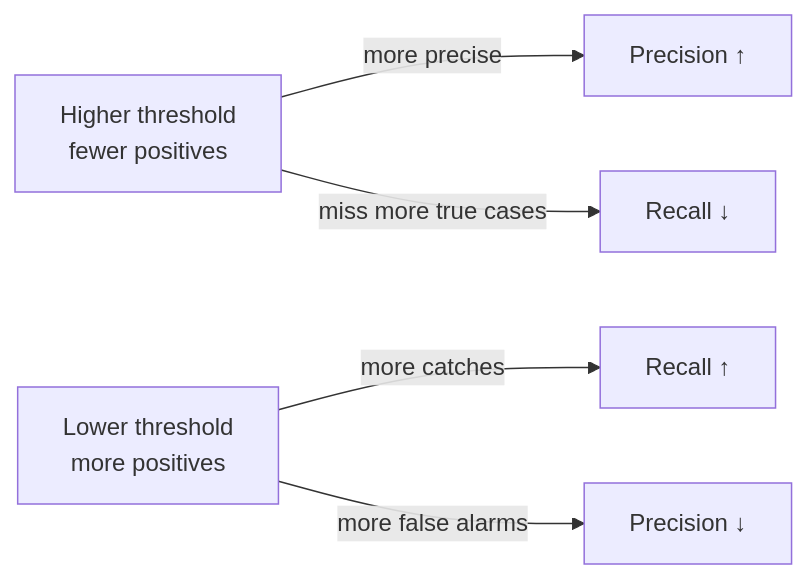
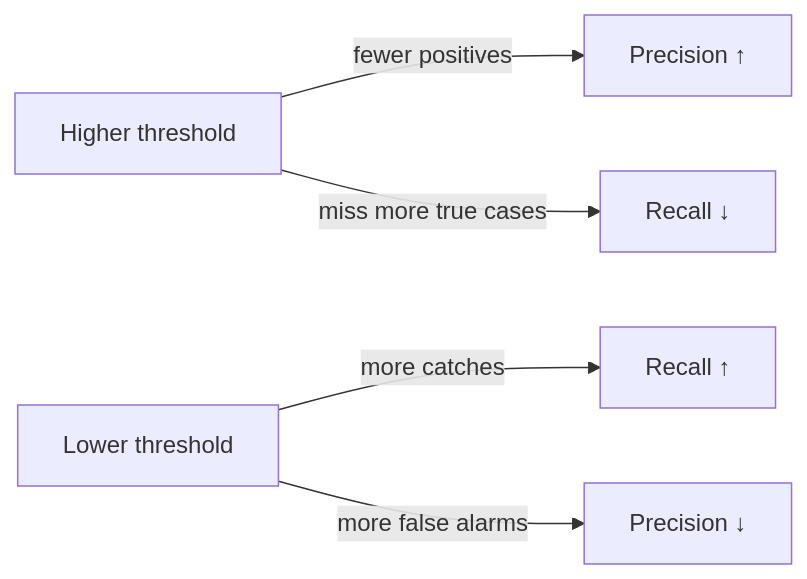
The second of 2 diagrams in README.md (Nikunj-Thakur/Logistic-Regression), drawn with Mermaid before and after one commit. The commit also changed other lines of this file, not shown here.

````diff
--- a/README.md
+++ b/README.md
@@ -161,7 +210,7 @@
 ```mermaid
 flowchart LR
-    P[Higher threshold<br/>fewer positives] -->|more precise| Q[Precision ↑]
+    P[Higher threshold] -->|fewer positives| Q[Precision ↑]
     P -->|miss more true cases| R[Recall ↓]
-    S[Lower threshold<br/>more positives] -->|more catches| T[Recall ↑]
+    S[Lower threshold] -->|more catches| T[Recall ↑]
     S -->|more false alarms| U[Precision ↓]
 ```
````
